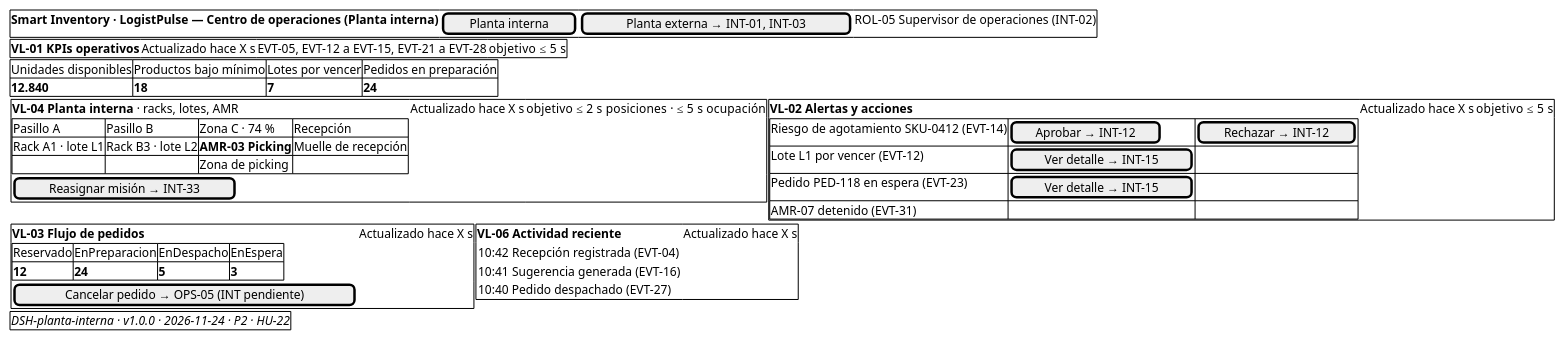
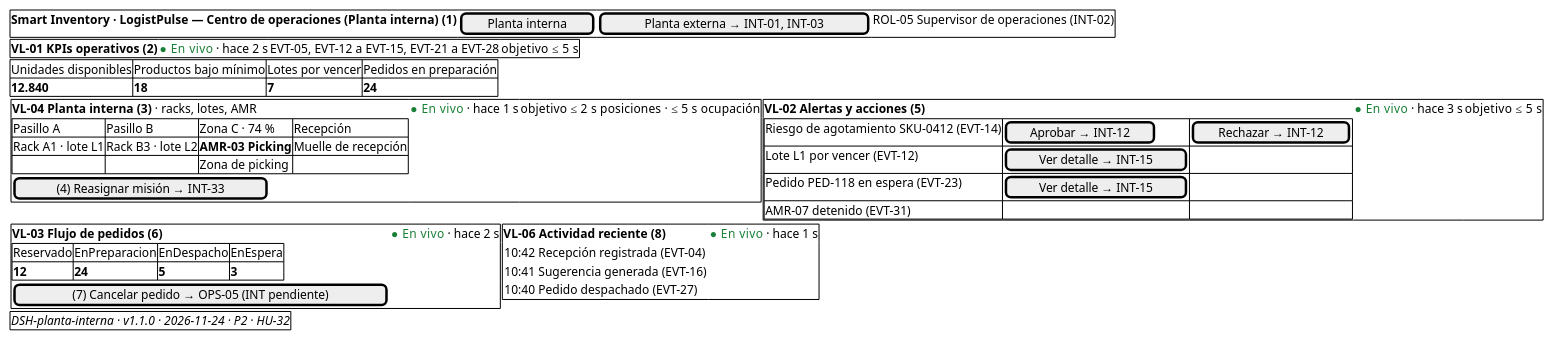
One commit to elorgus/Deber-2-Sistemas changed the diagram in diagramas/dashboard/src/DSH-planta-interna.puml. Above: the diagram before and after it, drawn with PlantUML. The commit also changed 4 other files, not shown here.

```diff
--- a/diagramas/dashboard/src/DSH-planta-interna.puml
+++ b/diagramas/dashboard/src/DSH-planta-interna.puml
@@ -1,52 +1,52 @@
 @startsalt
-' DSH-planta-interna · v1.0.0 · 2026-11-24 · P2 · HU-22
+' DSH-planta-interna · v1.1.0 · 2026-11-24 · P2 · HU-32
 {
   {+
-    <b>Smart Inventory · LogistPulse — Centro de operaciones (Planta interna)</b> | [ Planta interna ] | [ Planta externa → INT-01, INT-03 ] | ROL-05 Supervisor de operaciones (INT-02)
+    <b>Smart Inventory · LogistPulse — Centro de operaciones (Planta interna)</b> <b>(1)</b> | [ Planta interna ] | [ Planta externa → INT-01, INT-03 ] | ROL-05 Supervisor de operaciones (INT-02)
   }
   {+
-    <b>VL-01 KPIs operativos</b> | Actualizado hace X s | EVT-05, EVT-12 a EVT-15, EVT-21 a EVT-28 | objetivo ≤ 5 s
+    <b>VL-01 KPIs operativos</b> <b>(2)</b> | <color:#1a7f37>● En vivo</color> · hace 2 s | EVT-05, EVT-12 a EVT-15, EVT-21 a EVT-28 | objetivo ≤ 5 s
   }
   {#
     Unidades disponibles | Productos bajo mínimo | Lotes por vencer | Pedidos en preparación
     <b>12.840</b> | <b>18</b> | <b>7</b> | <b>24</b>
   }
   {
     {+
-      <b>VL-04 Planta interna</b> · racks, lotes, AMR | Actualizado hace X s | objetivo ≤ 2 s posiciones · ≤ 5 s ocupación
+      <b>VL-04 Planta interna</b> <b>(3)</b> · racks, lotes, AMR | <color:#1a7f37>● En vivo</color> · hace 1 s | objetivo ≤ 2 s posiciones · ≤ 5 s ocupación
       {#
         Pasillo A | Pasillo B | Zona C · 74 % | Recepción
         Rack A1 · lote L1 | Rack B3 · lote L2 | <b>AMR-03 Picking</b> | Muelle de recepción
         . | . | Zona de picking | .
       }
-      [ Reasignar misión → INT-33 ]
+      [ (4) Reasignar misión → INT-33 ]
     } | {+
-      <b>VL-02 Alertas y acciones</b> | Actualizado hace X s | objetivo ≤ 5 s
+      <b>VL-02 Alertas y acciones</b> <b>(5)</b> | <color:#1a7f37>● En vivo</color> · hace 3 s | objetivo ≤ 5 s
       {#
         Riesgo de agotamiento SKU-0412 (EVT-14) | [ Aprobar → INT-12 ] | [ Rechazar → INT-12 ]
         Lote L1 por vencer (EVT-12) | [ Ver detalle → INT-15 ] | .
         Pedido PED-118 en espera (EVT-23) | [ Ver detalle → INT-15 ] | .
         AMR-07 detenido (EVT-31) | . | .
       }
     }
   }
   {
     {+
-      <b>VL-03 Flujo de pedidos</b> | Actualizado hace X s
+      <b>VL-03 Flujo de pedidos</b> <b>(6)</b> | <color:#1a7f37>● En vivo</color> · hace 2 s
       {#
         Reservado | EnPreparacion | EnDespacho | EnEspera
         <b>12</b> | <b>24</b> | <b>5</b> | <b>3</b>
       }
-      [ Cancelar pedido → OPS-05 (INT pendiente) ]
+      [ (7) Cancelar pedido → OPS-05 (INT pendiente) ]
     } | {+
-      <b>VL-06 Actividad reciente</b> | Actualizado hace X s
+      <b>VL-06 Actividad reciente</b> <b>(8)</b> | <color:#1a7f37>● En vivo</color> · hace 1 s
       {
         10:42 Recepción registrada (EVT-04)
         10:41 Sugerencia generada (EVT-16)
         10:40 Pedido despachado (EVT-27)
       }
     }
   }
-  {+ <i>DSH-planta-interna · v1.0.0 · 2026-11-24 · P2 · HU-22</i> }
+  {+ <i>DSH-planta-interna · v1.1.0 · 2026-11-24 · P2 · HU-32</i> }
 }
 @endsalt
```
